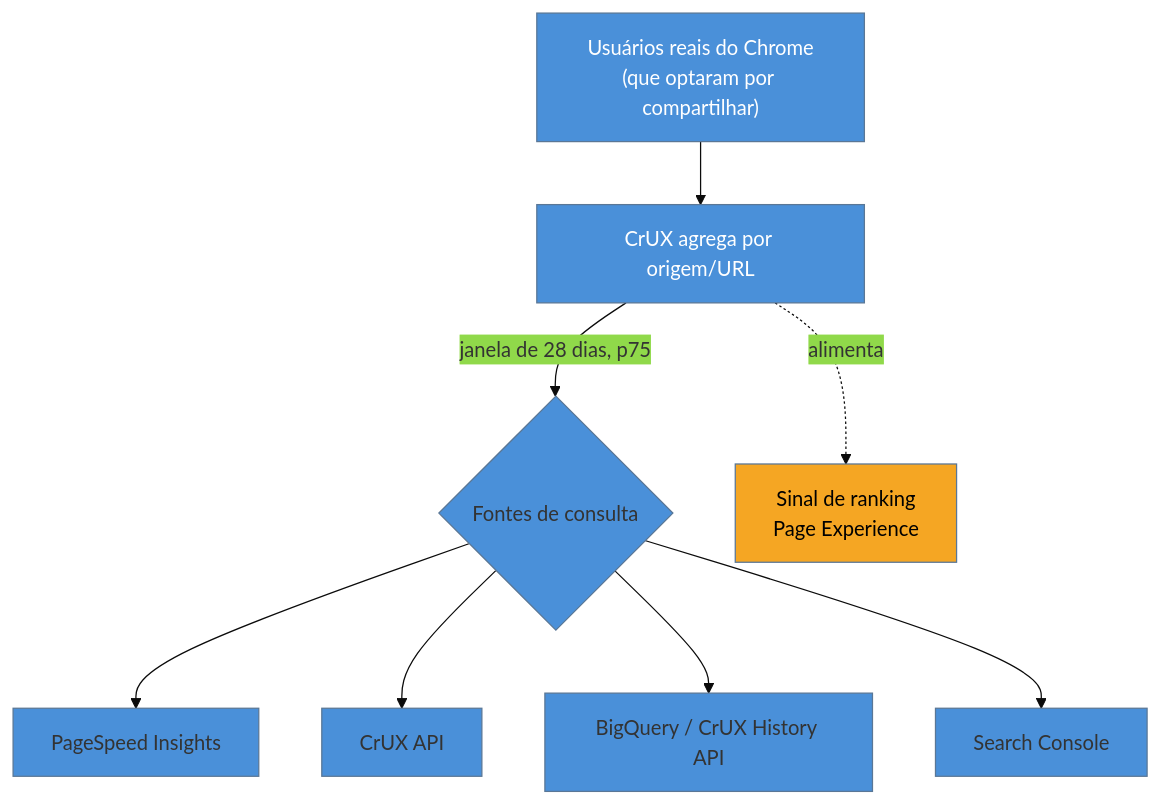
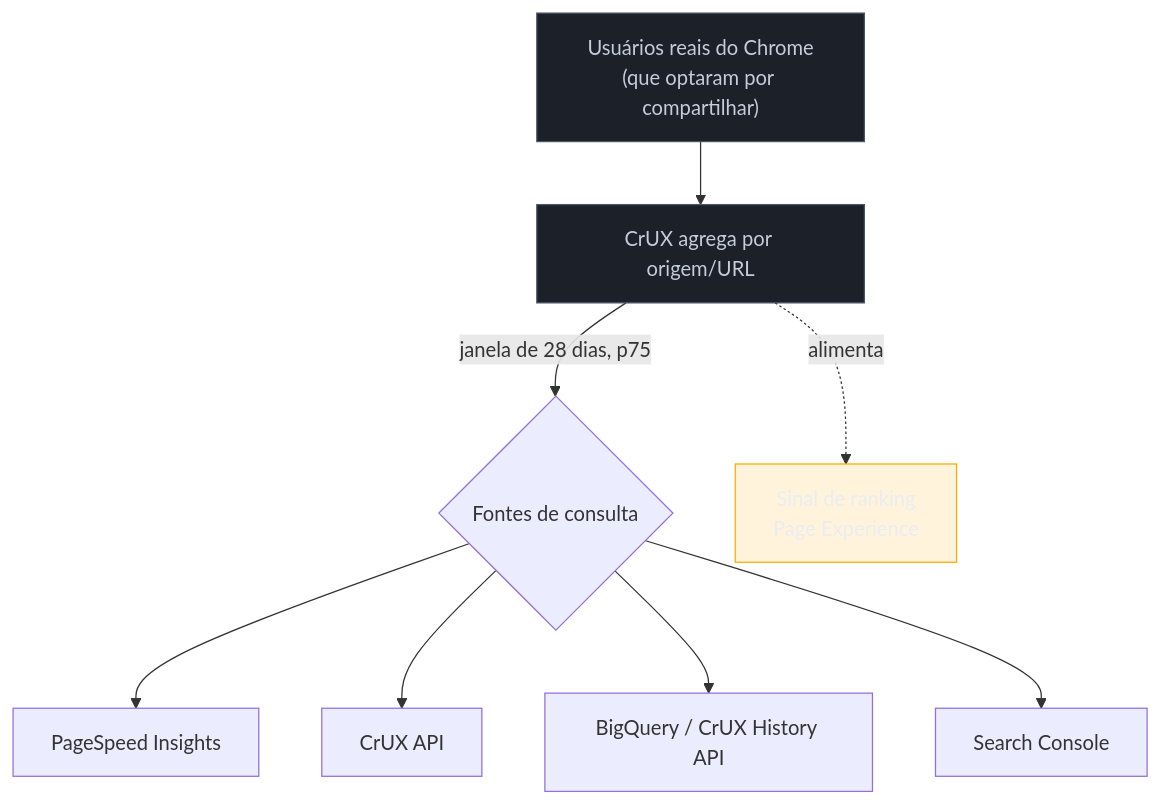
The diagram in 03-Dominios/Tecnologia/Web Performance/Medição e Core Web Vitals/05 - CrUX e dados de campo.md (josenaldo/codex-technomanticus), drawn with Mermaid before and after one commit. The commit also changed 1181 other files, not shown here.

First line of the commit message:
fix(diagramas): paleta do sistema no lugar de cor cravada no markdown

````diff
--- a/03-Dominios/Tecnologia/Web Performance/Medição e Core Web Vitals/05 - CrUX e dados de campo.md
+++ b/03-Dominios/Tecnologia/Web Performance/Medição e Core Web Vitals/05 - CrUX e dados de campo.md
@@ -37,14 +37,15 @@
 ```mermaid
-%%{init: {"theme": "base", "themeVariables": {"primaryColor": "#4A90D9"}}}%%
 graph TB
+    classDef neutro fill:#1B2029,stroke:#4E5666,color:#C6CCD8
+    classDef destaque fill:#FFAA0024,stroke:#FFAA00,color:#E9ECF2
     U["Usuários reais do Chrome<br/>(que optaram por compartilhar)"] --> C[CrUX agrega por origem/URL]
     C -->|janela de 28 dias, p75| D{Fontes de consulta}
     D --> D1[PageSpeed Insights]
     D --> D2[CrUX API]
     D --> D3[BigQuery / CrUX History API]
     D --> D4[Search Console]
     C -.alimenta.-> R[Sinal de ranking<br/>Page Experience]
-    style U fill:#4A90D9,color:#fff
-    style C fill:#4A90D9,color:#fff
-    style R fill:#F5A623,color:#000
+    class U neutro
+    class C neutro
+    class R destaque
 ```
````
